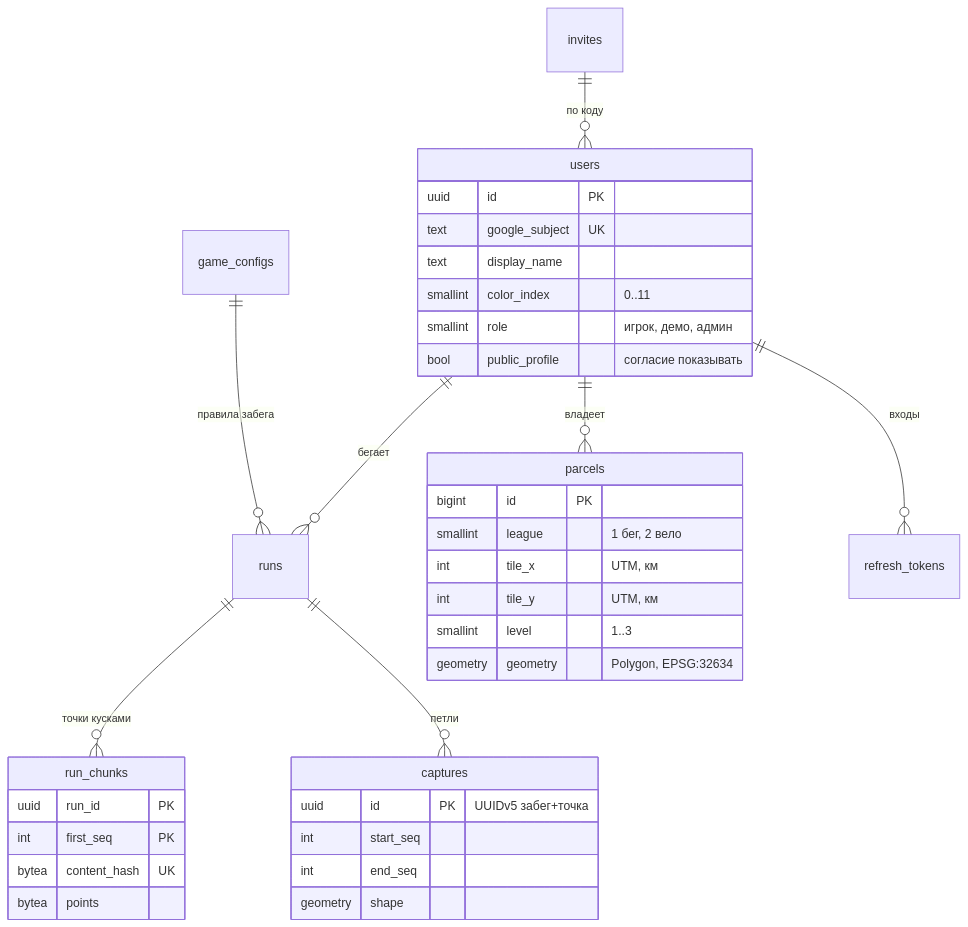
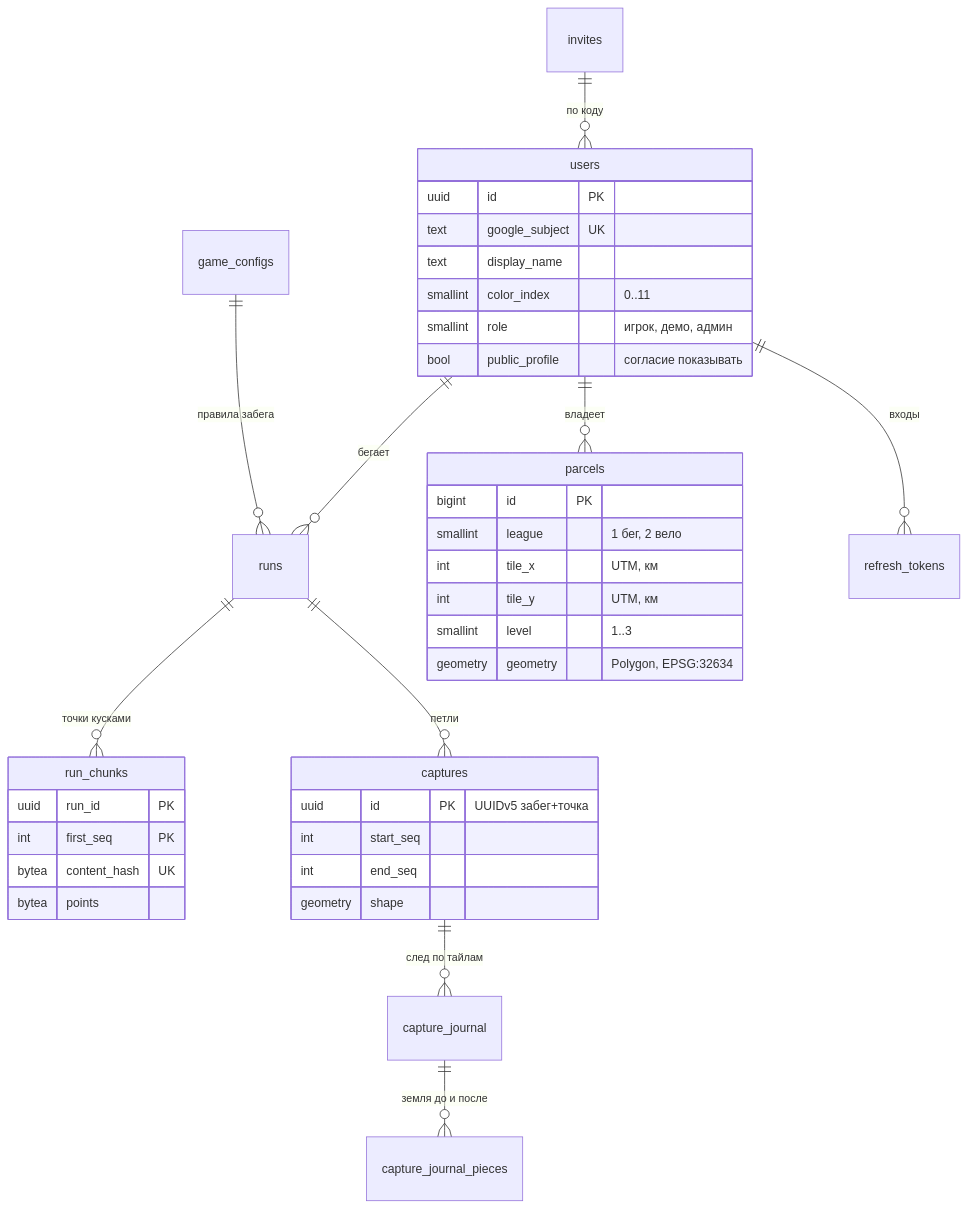
One commit to Nikich196/gorodki changed the diagram in docs/architecture/data-model.md. Above: the diagram before and after it, drawn with Mermaid. The commit also changed other lines of this file and 16 other files, not shown here.

First line of the commit message:
Журнал захватов для отката: след, земля до и после, TWKB, 7 дней

````diff
--- a/docs/architecture/data-model.md
+++ b/docs/architecture/data-model.md
@@ -7,38 +7,40 @@
 ```mermaid
 erDiagram
     users ||--o{ runs : "бегает"
     users ||--o{ parcels : "владеет"
     game_configs ||--o{ runs : "правила забега"
     runs ||--o{ run_chunks : "точки кусками"
     runs ||--o{ captures : "петли"
+    captures ||--o{ capture_journal : "след по тайлам"
+    capture_journal ||--o{ capture_journal_pieces : "земля до и после"
     invites ||--o{ users : "по коду"
     users ||--o{ refresh_tokens : "входы"
     users {
         uuid id PK
         text google_subject UK
         text display_name
         smallint color_index "0..11"
         smallint role "игрок, демо, админ"
         bool public_profile "согласие показывать"
     }
     parcels {
         bigint id PK
         smallint league "1 бег, 2 вело"
         int tile_x "UTM, км"
         int tile_y "UTM, км"
         smallint level "1..3"
         geometry geometry "Polygon, EPSG:32634"
     }
     captures {
         uuid id PK "UUIDv5 забег+точка"
         int start_seq
         int end_seq
         geometry shape
     }
     run_chunks {
         uuid run_id PK
         int first_seq PK
         bytea content_hash UK
         bytea points
     }
 ```
````
